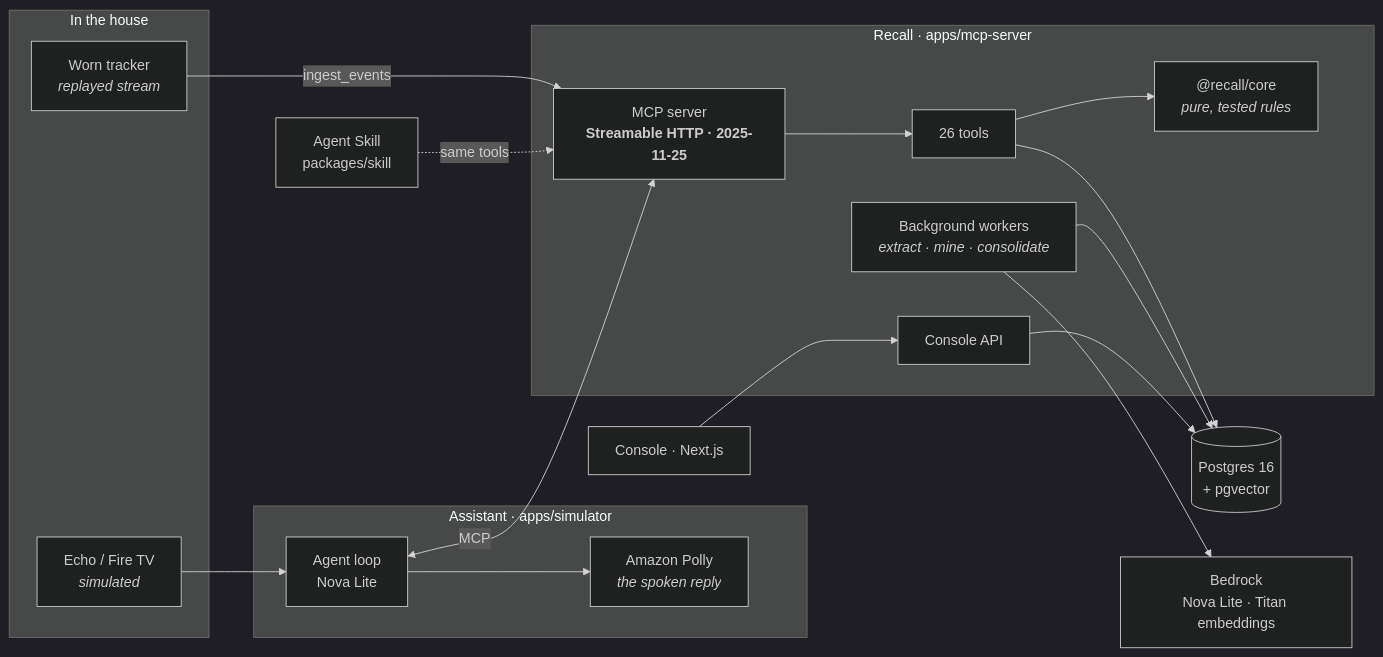
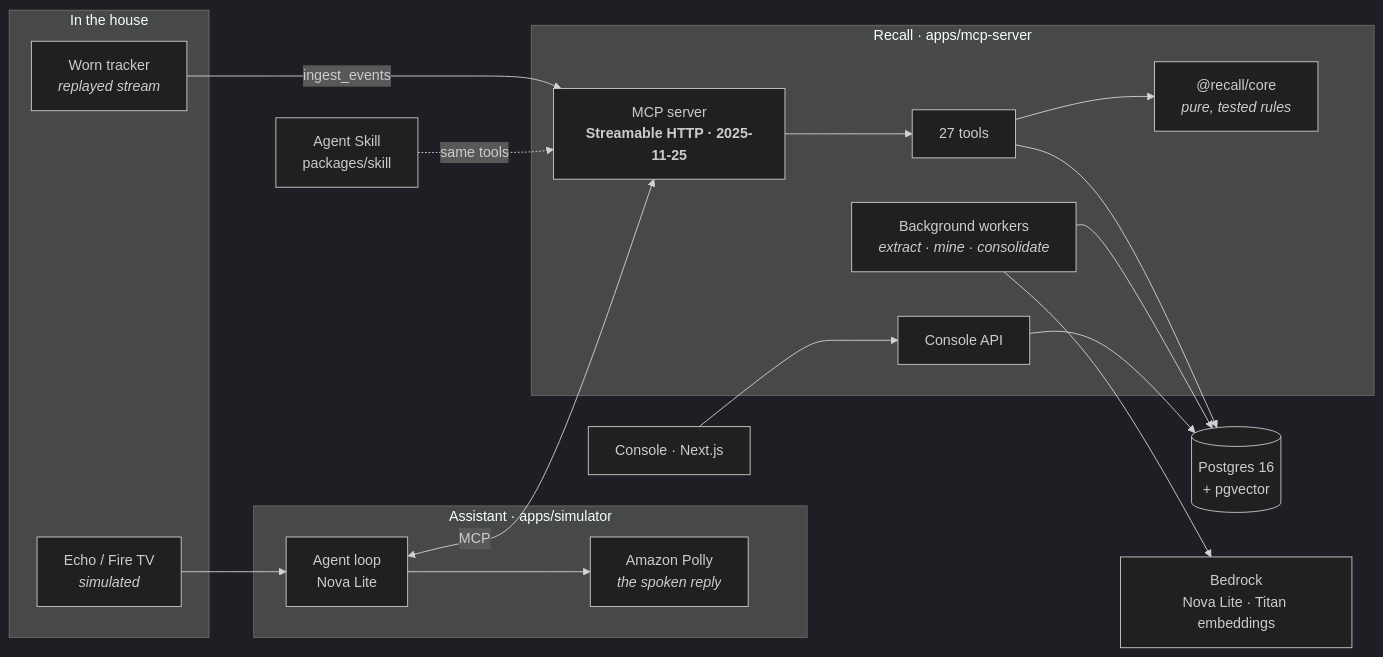
The first of 2 diagrams in README.md (0xhaz/Recall), drawn with Mermaid (dark theme) before and after one commit. The commit also changed other lines of this file and 2 other files, not shown here.

````diff
--- a/README.md
+++ b/README.md
@@ -46,36 +46,36 @@
 ```mermaid
 flowchart LR
   subgraph house["In the house"]
     echo["Echo / Fire TV<br/><i>simulated</i>"]
     worn["Worn tracker<br/><i>replayed stream</i>"]
   end
 
   subgraph assistant["Assistant · apps/simulator"]
     agent["Agent loop<br/>Nova Lite"]
     polly["Amazon Polly<br/><i>the spoken reply</i>"]
   end
 
   subgraph recall["Recall · apps/mcp-server"]
     mcp["MCP server<br/><b>Streamable HTTP · 2025-11-25</b>"]
-    tools["26 tools"]
+    tools["27 tools"]
     core["@recall/core<br/><i>pure, tested rules</i>"]
     jobs["Background workers<br/><i>extract · mine · consolidate</i>"]
     api["Console API"]
   end
 
   db[("Postgres 16<br/>+ pgvector")]
   bedrock["Bedrock<br/>Nova Lite · Titan embeddings"]
   console["Console · Next.js"]
   skill["Agent Skill<br/>packages/skill"]
 
   echo --> agent
   agent --> polly
   worn -- "ingest_events" --> mcp
   agent <-- "MCP" --> mcp
   mcp --> tools --> core
   tools --> db
   jobs --> bedrock
   jobs --> db
   console --> api --> db
   skill -. "same tools" .-> mcp
 ```
````
